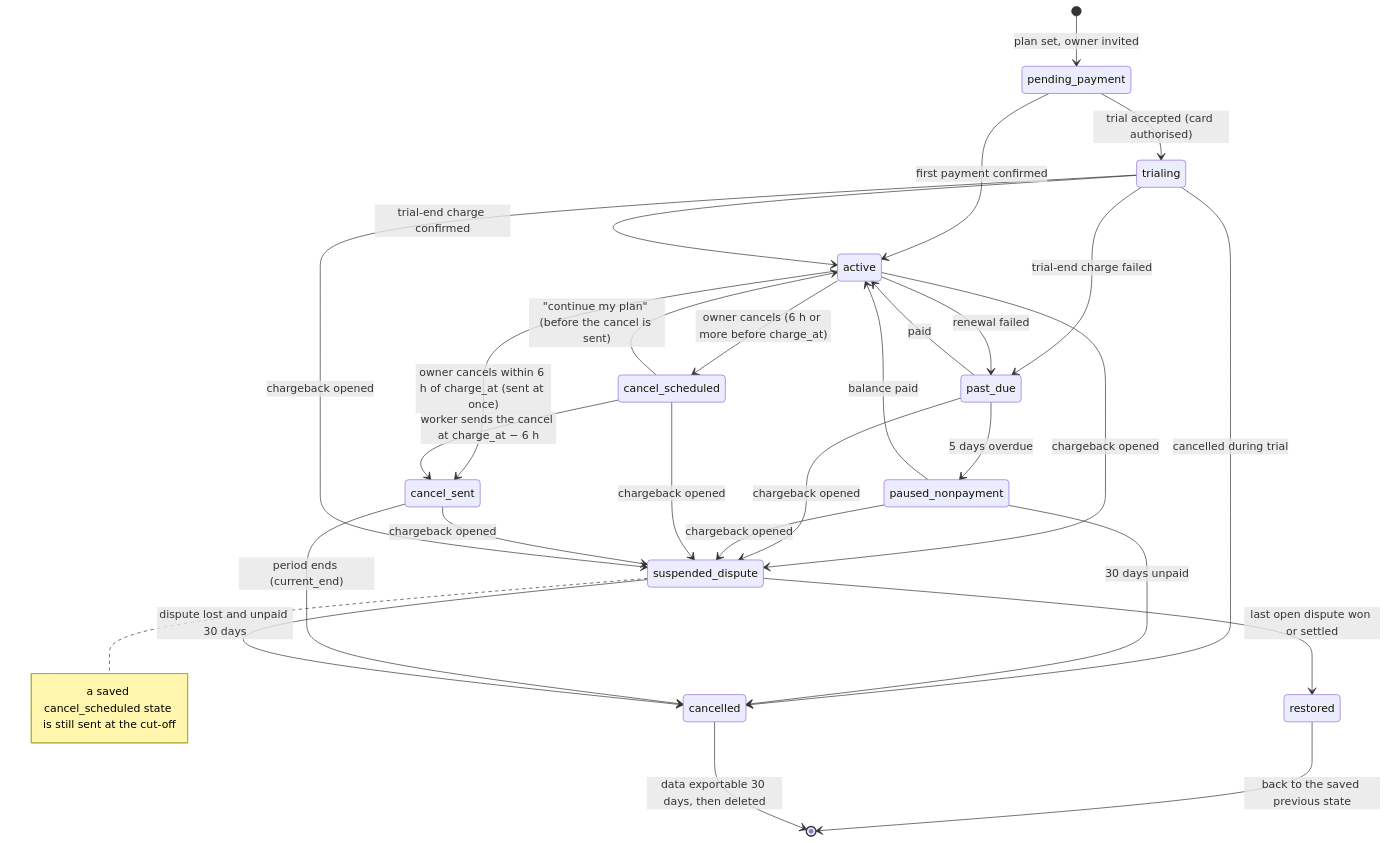
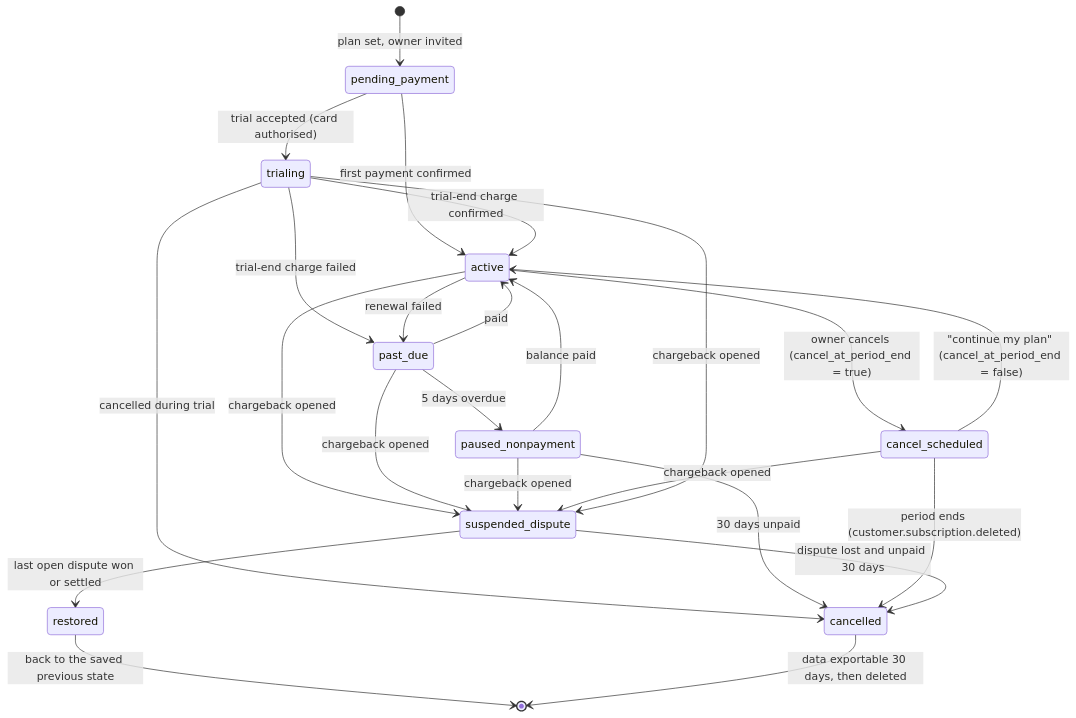
Diagram 11 of 16 in docs/PAYMENTS_ARCHITECTURE.md (singhdhruv525-source/Zella-AI), drawn with Mermaid before and after one commit. The commit also changed other lines of this file and 3 other files, not shown here.

````diff
--- a/docs/PAYMENTS_ARCHITECTURE.md
+++ b/docs/PAYMENTS_ARCHITECTURE.md
@@ -445,30 +428,26 @@
 ```mermaid
 stateDiagram-v2
   [*] --> pending_payment: plan set, owner invited
   pending_payment --> trialing: trial accepted (card authorised)
   pending_payment --> active: first payment confirmed
   trialing --> active: trial-end charge confirmed
   trialing --> cancelled: cancelled during trial
   trialing --> past_due: trial-end charge failed
   active --> past_due: renewal failed
   past_due --> active: paid
   past_due --> paused_nonpayment: 5 days overdue
   paused_nonpayment --> active: balance paid
   paused_nonpayment --> cancelled: 30 days unpaid
-  active --> cancel_scheduled: owner cancels (6 h or more before charge_at)
-  active --> cancel_sent: owner cancels within 6 h of charge_at (sent at once)
-  cancel_scheduled --> active: "continue my plan" (before the cancel is sent)
-  cancel_scheduled --> cancel_sent: worker sends the cancel at charge_at − 6 h
-  cancel_sent --> cancelled: period ends (current_end)
+  active --> cancel_scheduled: owner cancels (cancel_at_period_end = true)
+  cancel_scheduled --> active: "continue my plan" (cancel_at_period_end = false)
+  cancel_scheduled --> cancelled: period ends (customer.subscription.deleted)
   active --> suspended_dispute: chargeback opened
   past_due --> suspended_dispute: chargeback opened
   paused_nonpayment --> suspended_dispute: chargeback opened
   cancel_scheduled --> suspended_dispute: chargeback opened
-  cancel_sent --> suspended_dispute: chargeback opened
   trialing --> suspended_dispute: chargeback opened
   suspended_dispute --> restored: last open dispute won or settled
   restored --> [*]: back to the saved previous state
   suspended_dispute --> cancelled: dispute lost and unpaid 30 days
-  note right of suspended_dispute: a saved cancel_scheduled state is still sent at the cut-off
   cancelled --> [*]: data exportable 30 days, then deleted
 ```
````
